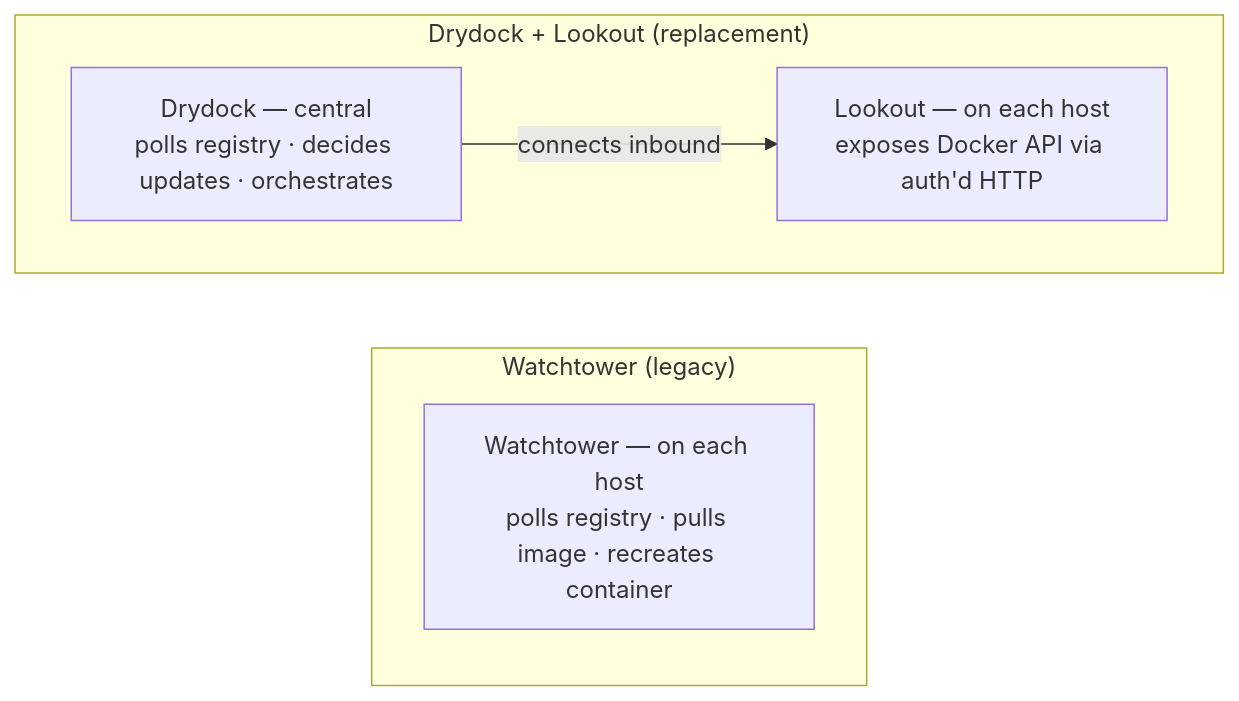
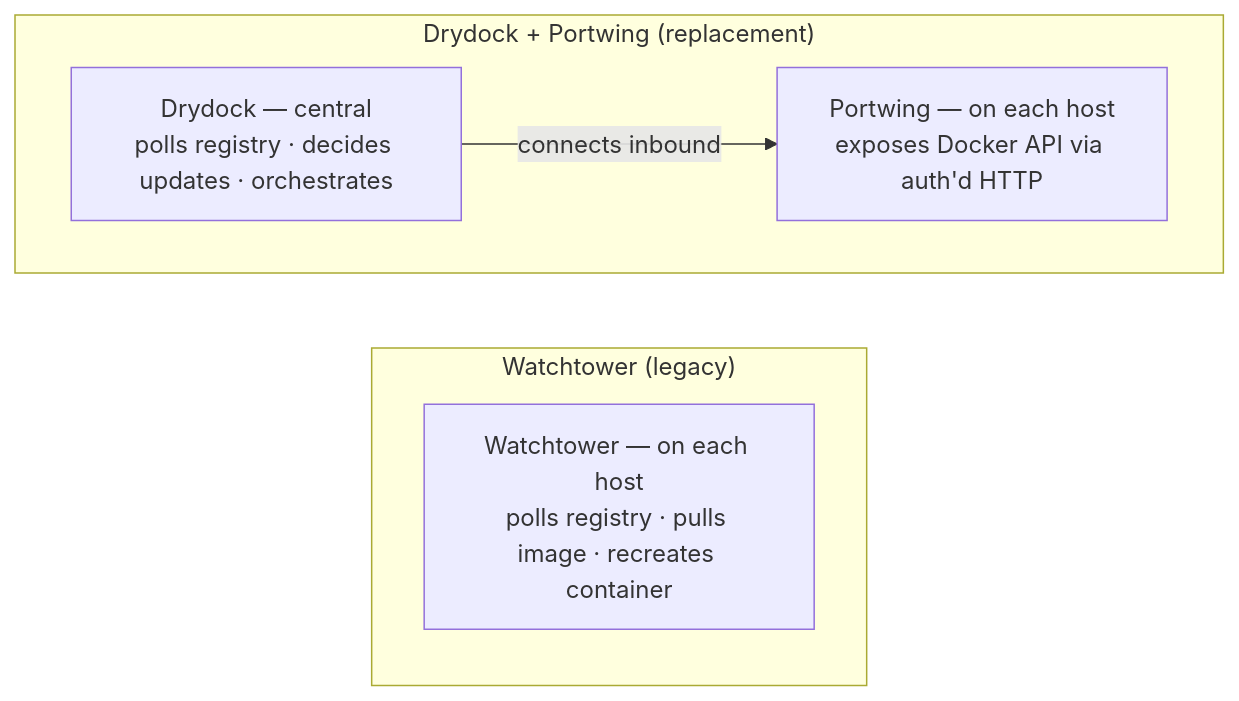
One commit to CodesWhat/portwing changed the diagram in docs/migrating-from-watchtower.md. Above: the diagram before and after it, drawn with Mermaid. The commit also changed other lines of this file and 125 other files, not shown here.

````diff
--- a/docs/migrating-from-watchtower.md
+++ b/docs/migrating-from-watchtower.md
@@ -26,13 +26,13 @@
 ```mermaid
 flowchart LR
     subgraph legacy ["Watchtower (legacy)"]
         W["Watchtower — on each host<br/>polls registry · pulls image · recreates container"]
     end
 
-    subgraph repl ["Drydock + Lookout (replacement)"]
+    subgraph repl ["Drydock + Portwing (replacement)"]
         direction LR
         DD["Drydock — central<br/>polls registry · decides updates · orchestrates"]
-        LK["Lookout — on each host<br/>exposes Docker API via auth'd HTTP"]
+        LK["Portwing — on each host<br/>exposes Docker API via auth'd HTTP"]
         DD -- "connects inbound" --> LK
     end
 ```
````
